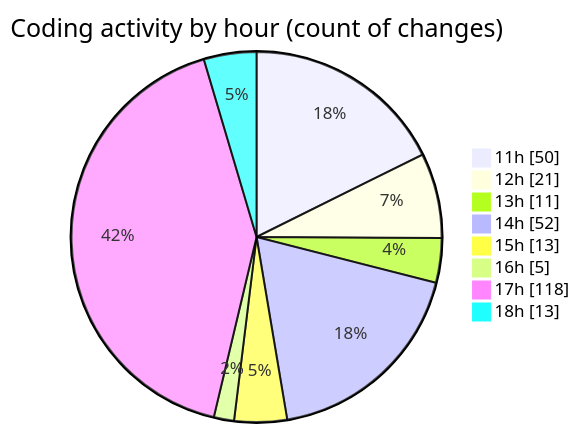
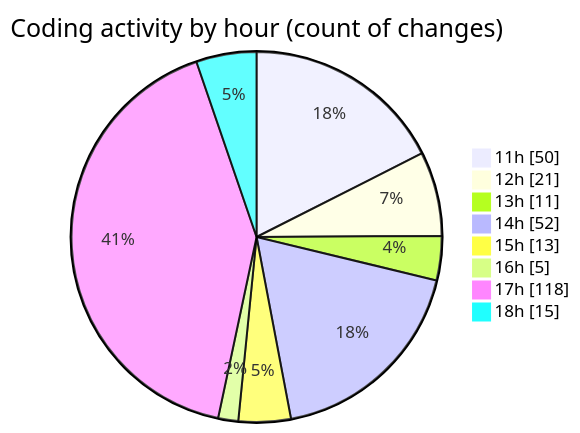
The second of 2 diagrams in 2026-02-06/singularitybrainai/README.md (tmsrecording-cyber/code-tracking), drawn with Mermaid before and after one commit. The commit also changed other lines of this file and 1 other file, not shown here.

````diff
--- a/2026-02-06/singularitybrainai/README.md
+++ b/2026-02-06/singularitybrainai/README.md
@@ -44,12 +46,12 @@
 ```mermaid
 pie showData
 title Coding activity by hour (count of changes)
 "11h" : 50
 "12h" : 21
 "13h" : 11
 "14h" : 52
 "15h" : 13
 "16h" : 5
 "17h" : 118
-"18h" : 13
+"18h" : 15
 ```
````
